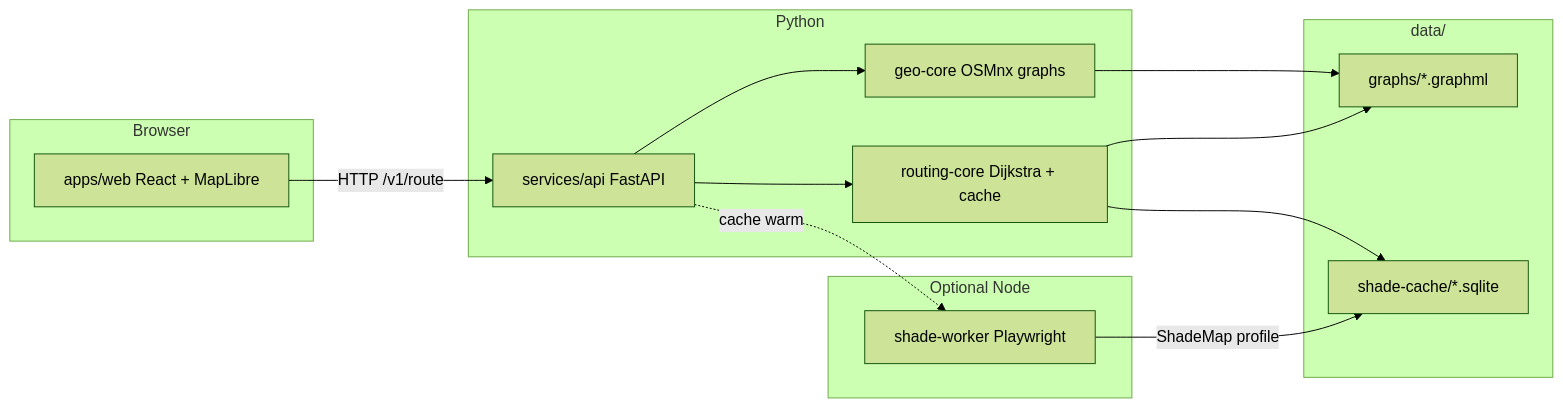
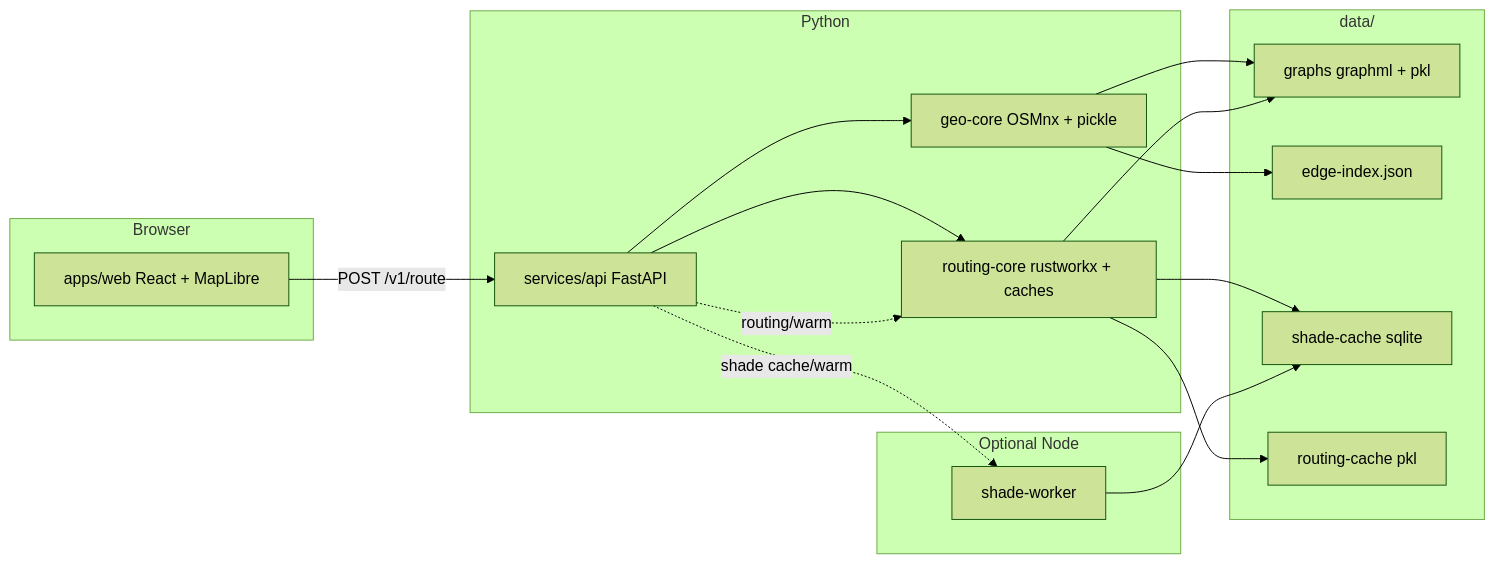
The diagram in docs/architecture.md (HastiPatel05/UmbraStride), drawn with Mermaid (forest theme) before and after one commit. The commit also changed other lines of this file and 26 other files, not shown here.

````diff
--- a/docs/architecture.md
+++ b/docs/architecture.md
@@ -9,26 +9,31 @@
 ```mermaid
 flowchart LR
   subgraph browser [Browser]
     Web[apps/web React + MapLibre]
   end
   subgraph backend [Python]
     API[services/api FastAPI]
-    Geo[geo-core OSMnx graphs]
-    Route[routing-core Dijkstra + cache]
+    Geo[geo-core OSMnx + pickle]
+    Route[routing-core rustworkx + caches]
   end
   subgraph optional [Optional Node]
-    Worker[shade-worker Playwright]
+    Worker[shade-worker]
   end
   subgraph disk [data/]
-    GraphML[graphs/*.graphml]
-    SQLite[shade-cache/*.sqlite]
+    GraphML[graphs graphml + pkl]
+    Index[edge-index.json]
+    SQLite[shade-cache sqlite]
+    RC[routing-cache pkl]
   end
-  Web -->|HTTP /v1/route| API
+  Web -->|POST /v1/route| API
   API --> Geo
   API --> Route
   Geo --> GraphML
+  Geo --> Index
   Route --> GraphML
   Route --> SQLite
-  Worker -->|ShadeMap profile| SQLite
-  API -.->|cache warm| Worker
+  Route --> RC
+  Worker --> SQLite
+  API -.->|shade cache/warm| Worker
+  API -.->|routing/warm| Route
 ```
````
